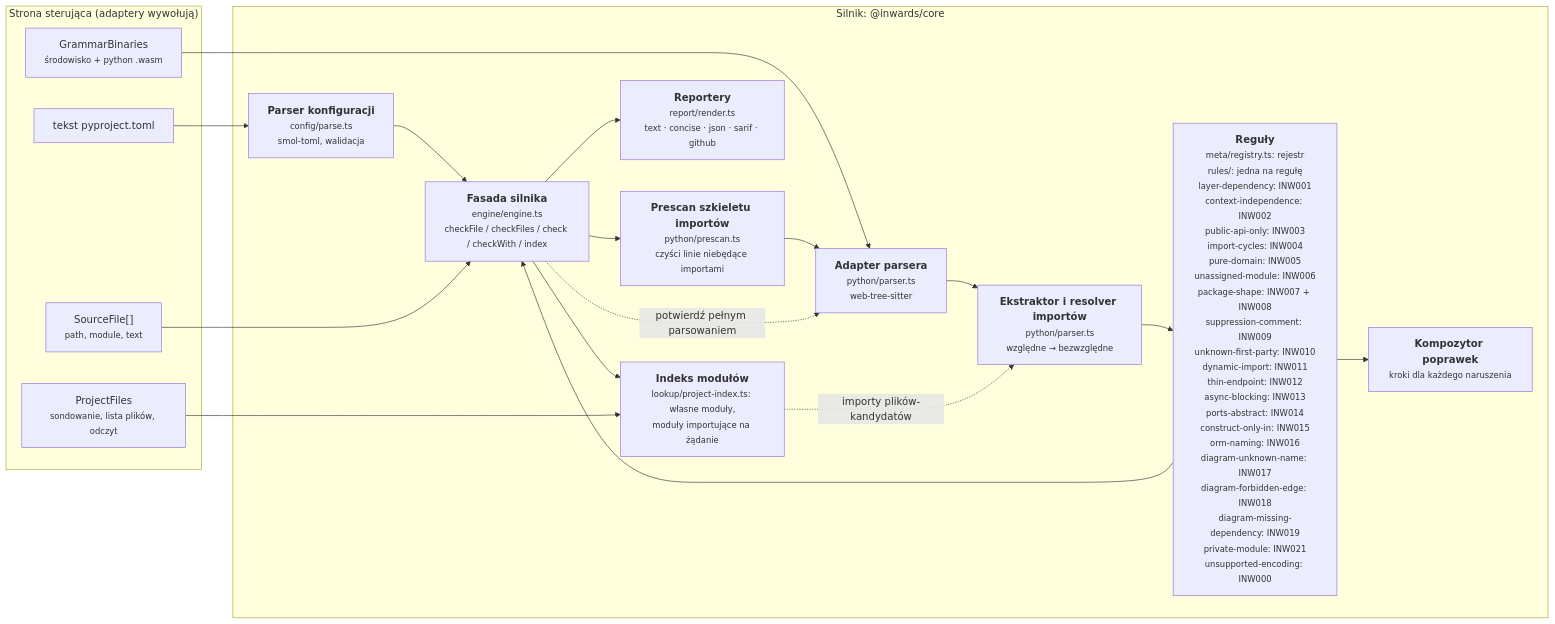
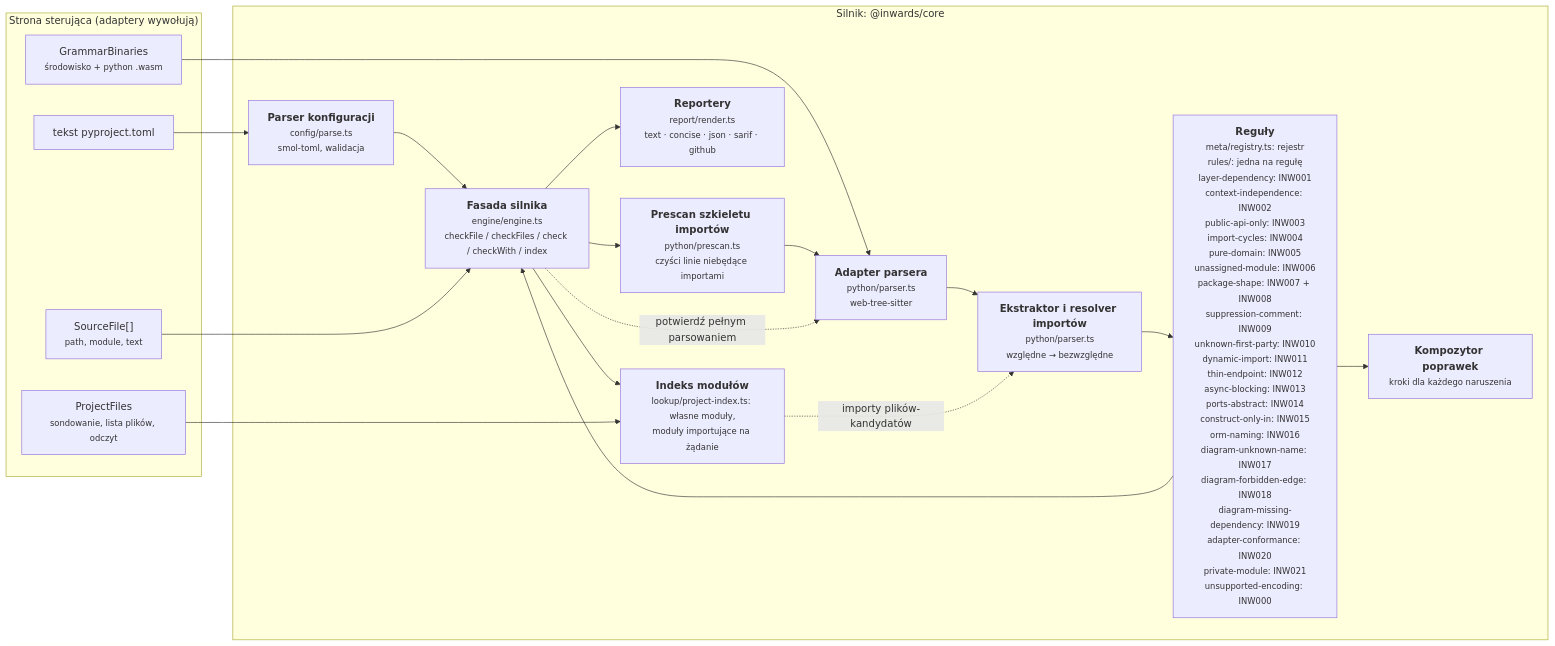
The third of 6 diagrams in docs/pl/03-Architecture-C4.md (SirCypkowskyy/inwards), drawn with Mermaid before and after one commit. The commit also changed other lines of this file and 53 other files, not shown here.

First line of the commit message:
feat(rules): add INW020 adapter-conformance so each adapter declares its port under TYPE_CHECKING (#449)

````diff
--- a/docs/pl/03-Architecture-C4.md
+++ b/docs/pl/03-Architecture-C4.md
@@ -110,33 +110,33 @@
 ```mermaid
 flowchart LR
     subgraph driving["Strona sterująca (adaptery wywołują)"]
         files["SourceFile[]<br/><small>path, module, text</small>"]
         cfgtext["tekst pyproject.toml"]
         wasm["GrammarBinaries<br/><small>środowisko + python .wasm</small>"]
         pfiles["ProjectFiles<br/><small>sondowanie, lista plików, odczyt</small>"]
     end
 
     subgraph enginebox["Silnik: @inwards/core"]
         config["<b>Parser konfiguracji</b><br/><small>config/parse.ts<br/>smol-toml, walidacja</small>"]
         pre["<b>Prescan szkieletu importów</b><br/><small>python/prescan.ts<br/>czyści linie niebędące importami</small>"]
         parser["<b>Adapter parsera</b><br/><small>python/parser.ts<br/>web-tree-sitter</small>"]
         extract["<b>Ekstraktor i resolver importów</b><br/><small>python/parser.ts<br/>względne → bezwzględne</small>"]
-        rules["<b>Reguły</b><br/><small>meta/registry.ts: rejestr<br/>rules/: jedna na regułę<br/>layer-dependency: INW001<br/>context-independence: INW002<br/>public-api-only: INW003<br/>import-cycles: INW004<br/>pure-domain: INW005<br/>unassigned-module: INW006<br/>package-shape: INW007 + INW008<br/>suppression-comment: INW009<br/>unknown-first-party: INW010<br/>dynamic-import: INW011<br/>thin-endpoint: INW012<br/>async-blocking: INW013<br/>ports-abstract: INW014<br/>construct-only-in: INW015<br/>orm-naming: INW016<br/>diagram-unknown-name: INW017<br/>diagram-forbidden-edge: INW018<br/>diagram-missing-dependency: INW019<br/>private-module: INW021<br/>unsupported-encoding: INW000</small>"]
+        rules["<b>Reguły</b><br/><small>meta/registry.ts: rejestr<br/>rules/: jedna na regułę<br/>layer-dependency: INW001<br/>context-independence: INW002<br/>public-api-only: INW003<br/>import-cycles: INW004<br/>pure-domain: INW005<br/>unassigned-module: INW006<br/>package-shape: INW007 + INW008<br/>suppression-comment: INW009<br/>unknown-first-party: INW010<br/>dynamic-import: INW011<br/>thin-endpoint: INW012<br/>async-blocking: INW013<br/>ports-abstract: INW014<br/>construct-only-in: INW015<br/>orm-naming: INW016<br/>diagram-unknown-name: INW017<br/>diagram-forbidden-edge: INW018<br/>diagram-missing-dependency: INW019<br/>adapter-conformance: INW020<br/>private-module: INW021<br/>unsupported-encoding: INW000</small>"]
         fix["<b>Kompozytor poprawek</b><br/><small>kroki dla każdego naruszenia</small>"]
         report["<b>Reportery</b><br/><small>report/render.ts<br/>text · concise · json · sarif · github</small>"]
         engine["<b>Fasada silnika</b><br/><small>engine/engine.ts<br/>checkFile / checkFiles / check / checkWith / index</small>"]
         modgraph["<b>Indeks modułów</b><br/><small>lookup/project-index.ts: własne moduły,<br/>moduły importujące na żądanie</small>"]
     end
 
     cfgtext --> config --> engine
     wasm --> parser
     files --> engine
     engine --> pre --> parser --> extract --> rules
     rules --> fix
     rules --> engine
     engine -. "potwierdź pełnym parsowaniem" .-> parser
     engine --> modgraph
     pfiles --> modgraph
     modgraph -. "importy plików-kandydatów" .-> extract
     engine --> report
 ```
````
